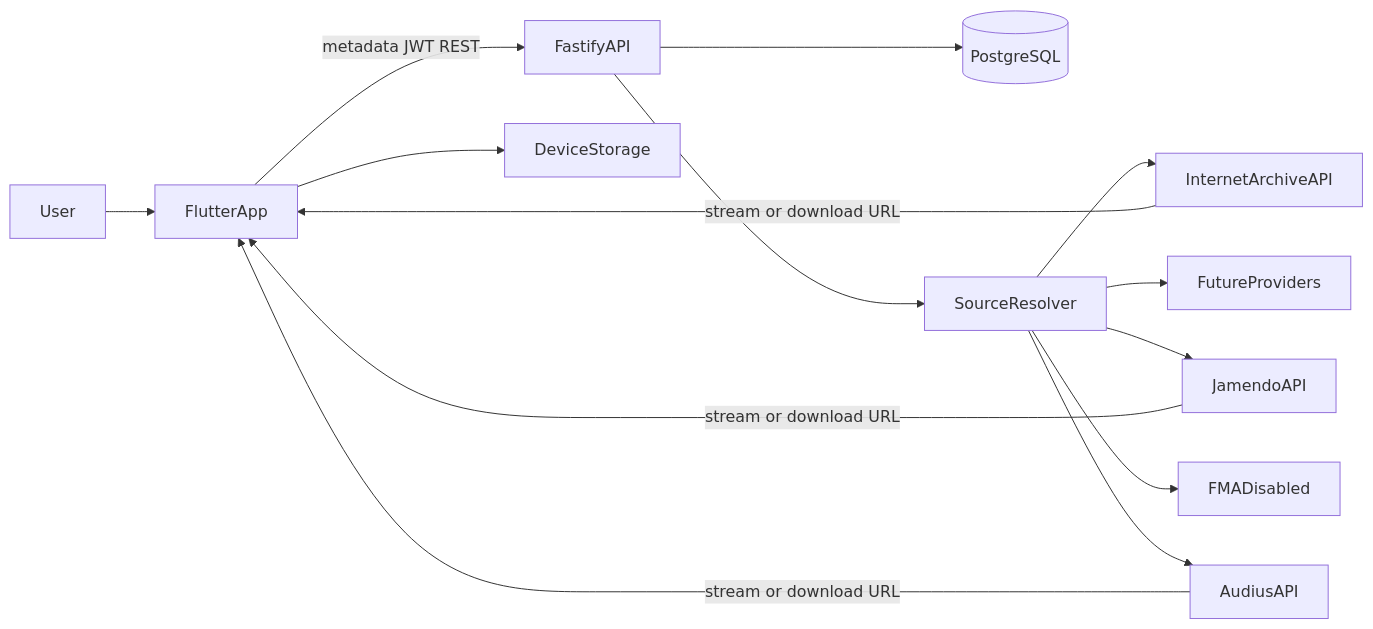
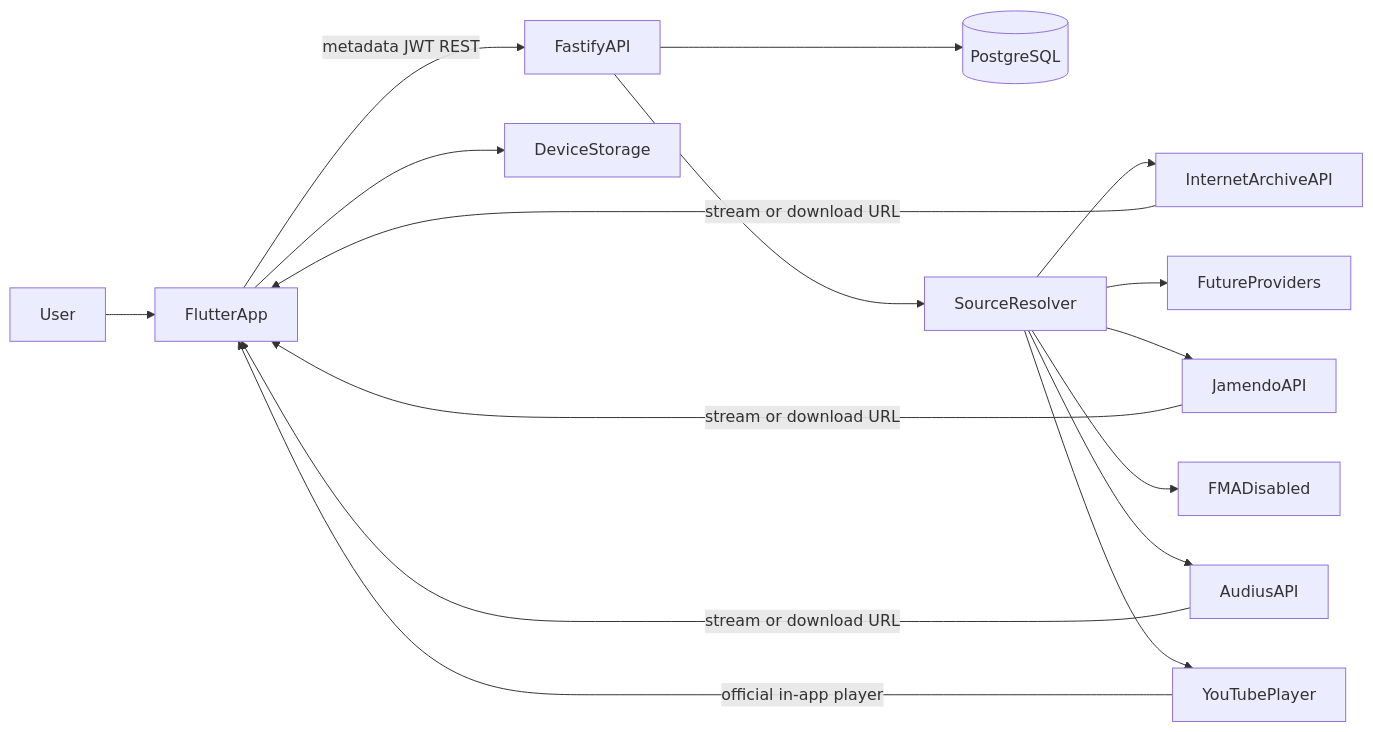
One commit to santoshkushwaha53/OpenTune changed the first of 2 diagrams in ARCHITECTURE.md. Above: the diagram before and after it, drawn with Mermaid. The commit also changed other lines of this file and 41 other files, not shown here.

First line of the commit message:
Add YouTube as a stream-only in-app player.

````diff
--- a/ARCHITECTURE.md
+++ b/ARCHITECTURE.md
@@ -26,28 +26,31 @@
 ```mermaid
 flowchart LR
   user[User]
   flutter[FlutterApp]
   api[FastifyAPI]
   pg[(PostgreSQL)]
   resolver[SourceResolver]
   jamendo[JamendoAPI]
   audius[AudiusAPI]
+  youtube[YouTubePlayer]
   archive[InternetArchiveAPI]
   fma[FMADisabled]
   other[FutureProviders]
   device[DeviceStorage]
 
   user --> flutter
   flutter -->|metadata JWT REST| api
   api --> pg
   api --> resolver
+  resolver --> youtube
   resolver --> audius
   resolver --> jamendo
   resolver --> archive
   resolver --> fma
   resolver --> other
+  youtube -->|official in-app player| flutter
   audius -->|stream or download URL| flutter
   jamendo -->|stream or download URL| flutter
   archive -->|stream or download URL| flutter
   flutter --> device
 ```
````
